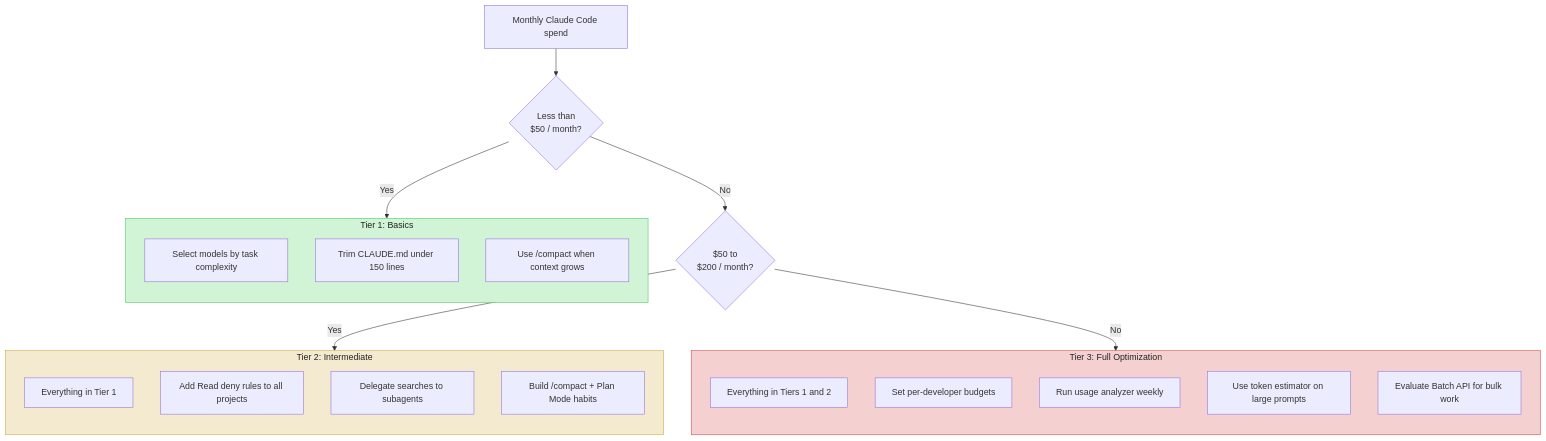
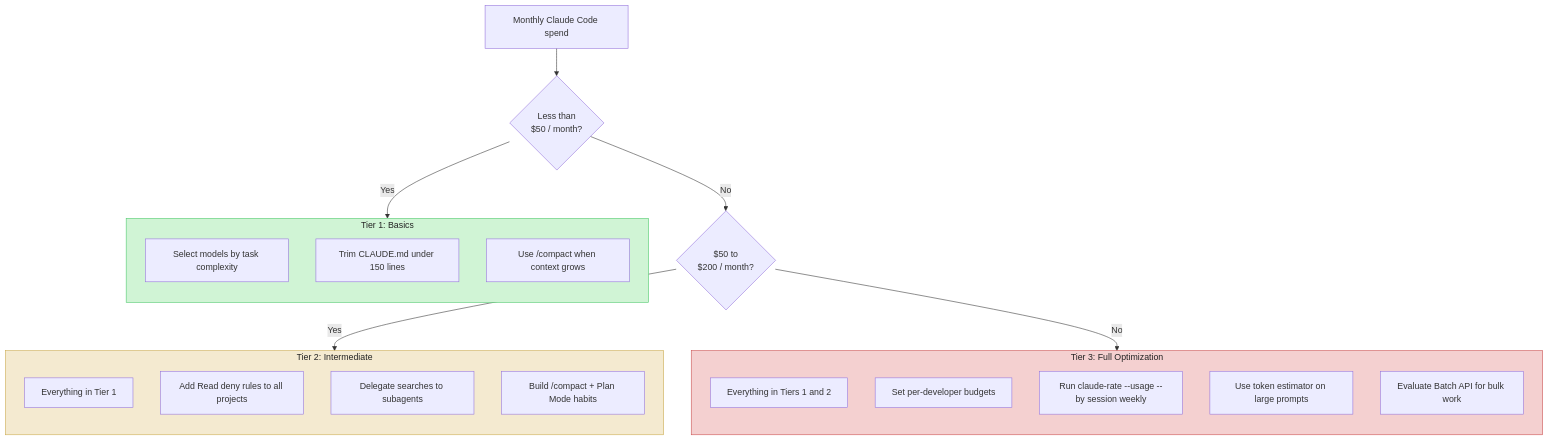
Before and after one commit to Sagargupta16/claude-cost-optimizer: the fourth of 5 diagrams in guides/diagrams.md, drawn with Mermaid. The commit also changed other lines of this file and 144 other files, not shown here.

````diff
--- a/guides/diagrams.md
+++ b/guides/diagrams.md
@@ -183,40 +183,40 @@
 ```mermaid
 flowchart TD
     A[Monthly Claude Code spend] --> B{"Less than<br/>$50 / month?"}
     B -- Yes --> T1
     B -- No --> D{"$50 to<br/>$200 / month?"}
     D -- Yes --> T2
     D -- No --> T3
 
     subgraph T1["Tier 1: Basics"]
         direction TB
         C1["Select models by task complexity"]
         C2["Trim CLAUDE.md under 150 lines"]
         C3["Use /compact when context grows"]
     end
 
     subgraph T2["Tier 2: Intermediate"]
         direction TB
         E1["Everything in Tier 1"]
         E2["Add Read deny rules to all projects"]
         E3["Delegate searches to subagents"]
         E4["Build /compact + Plan Mode habits"]
     end
 
     subgraph T3["Tier 3: Full Optimization"]
         direction TB
         F1["Everything in Tiers 1 and 2"]
         F2["Set per-developer budgets"]
-        F3["Run usage analyzer weekly"]
+        F3["Run claude-rate --usage --by session weekly"]
         F4["Use token estimator on large prompts"]
         F5["Evaluate Batch API for bulk work"]
     end
 
     classDef tier1 fill:#d0f4d5,stroke:#4ac96a,color:#222
     classDef tier2 fill:#f4ead0,stroke:#c9a84a,color:#222
     classDef tier3 fill:#f4d0d0,stroke:#c94a4a,color:#222
 
     class T1 tier1
     class T2 tier2
     class T3 tier3
 ```
````
